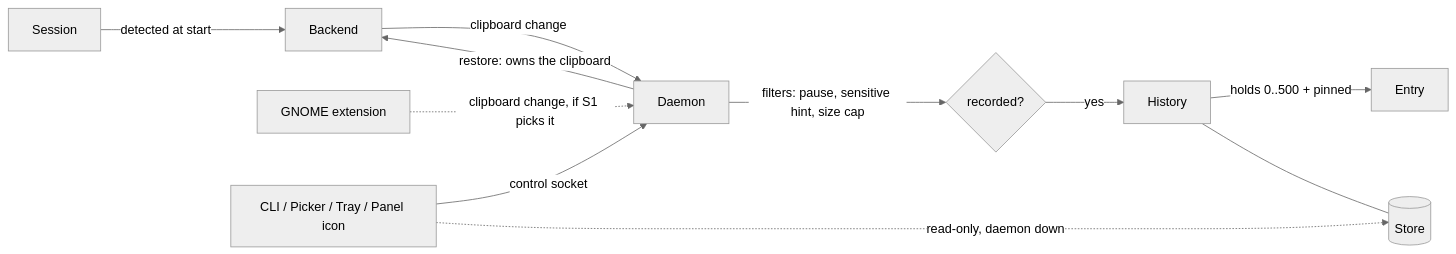
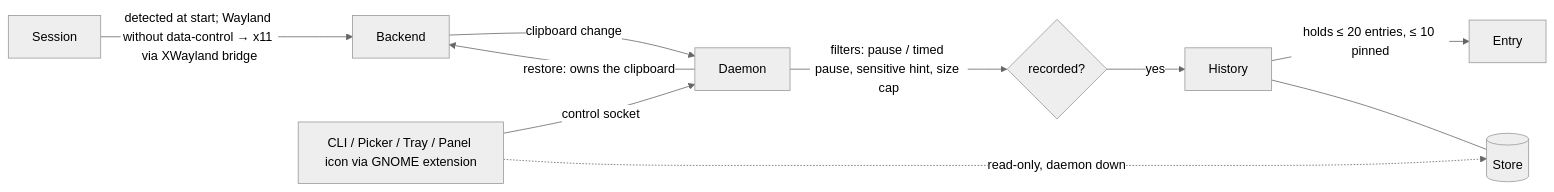
The diagram in docs/product/brief.md (lucasvmigotto/rstory), drawn with Mermaid (neutral theme) before and after one commit. The commit also changed other lines of this file, not shown here.

````diff
--- a/docs/product/brief.md
+++ b/docs/product/brief.md
@@ -324,13 +349,12 @@
 ```mermaid
 flowchart LR
-  Session -->|detected at start| Backend
+  Session -->|detected at start; Wayland without data-control → x11 via XWayland bridge| Backend
   Backend -->|clipboard change| Daemon
-  GNOMEext[GNOME extension] -.->|clipboard change, if S1 picks it| Daemon
-  Daemon -->|filters: pause, sensitive hint, size cap| Capture{recorded?}
+  Daemon -->|filters: pause / timed pause, sensitive hint, size cap| Capture{recorded?}
   Capture -->|yes| History
-  History -->|holds 0..500 + pinned| Entry
+  History -->|holds ≤ 20 entries, ≤ 10 pinned| Entry
   History --- Store[(Store)]
-  Client[CLI / Picker / Tray / Panel icon] -->|control socket| Daemon
+  Client[CLI / Picker / Tray / Panel icon via GNOME extension] -->|control socket| Daemon
   Client -.->|read-only, daemon down| Store
   Daemon -->|restore: owns the clipboard| Backend
 ```
````
